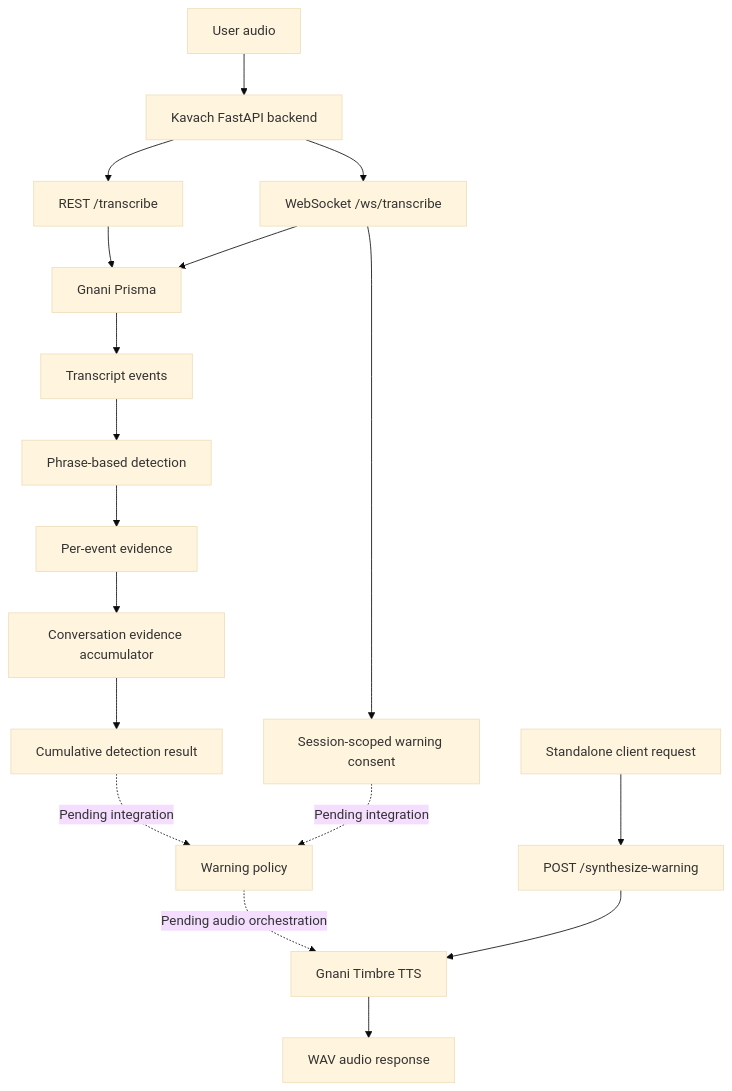
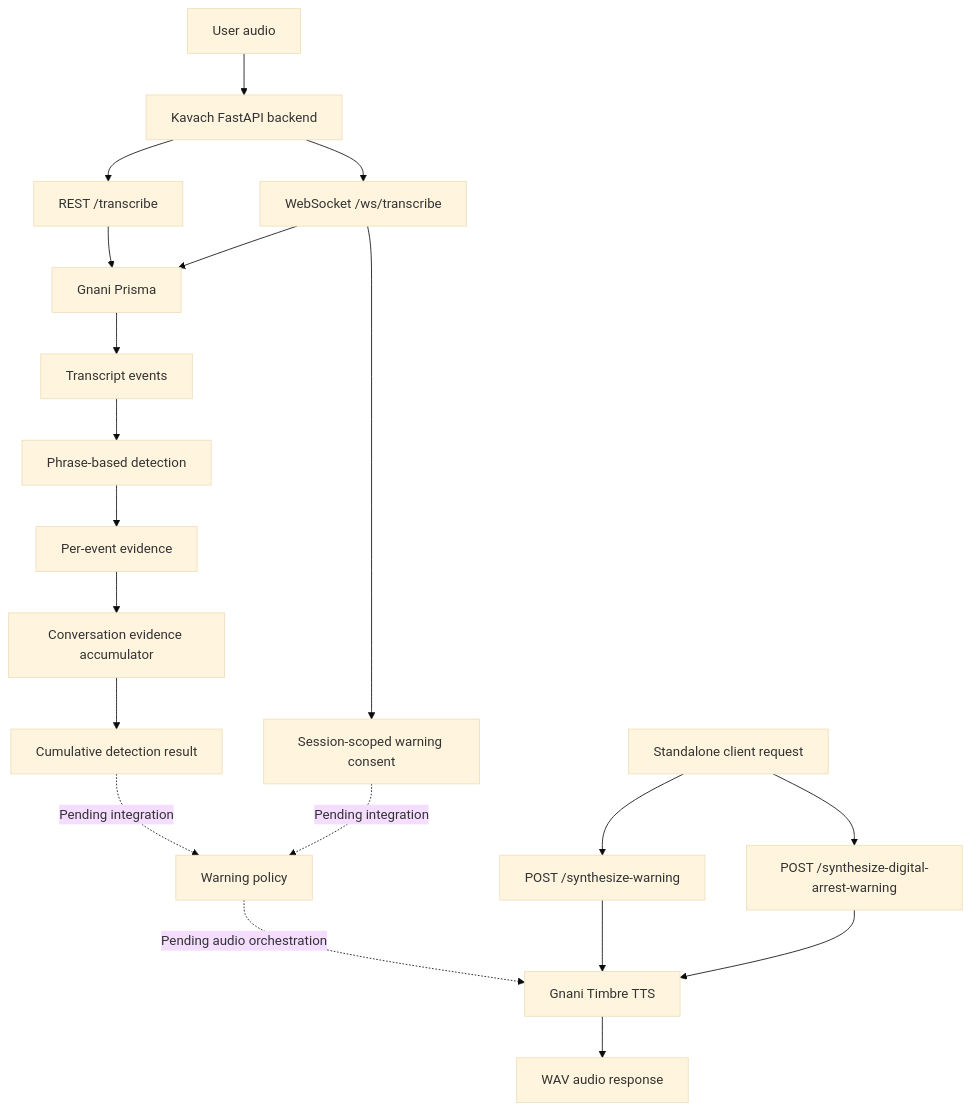
One commit to SURAJ-PRATAP07/Kavach_ changed the diagram in ARCHITECTURE.md. Above: the diagram before and after it, drawn with Mermaid (base theme). The commit also changed other lines of this file and 7 other files, not shown here.

Commit message:
feat: add digital-arrest safety warning TTS

````diff
--- a/ARCHITECTURE.md
+++ b/ARCHITECTURE.md
@@ -34,23 +34,25 @@
 ```mermaid
 flowchart TD
     A[User audio] --> B[Kavach FastAPI backend]
     B --> C[REST /transcribe]
     B --> D[WebSocket /ws/transcribe]
     C --> E[Gnani Prisma]
     D --> E
     E --> F[Transcript events]
 
     F --> G[Phrase-based detection]
     G --> H[Per-event evidence]
     H --> I[Conversation evidence accumulator]
     I --> J[Cumulative detection result]
 
     D --> K[Session-scoped warning consent]
     J -. Pending integration .-> L[Warning policy]
     K -. Pending integration .-> L
     L -. Pending audio orchestration .-> M[Gnani Timbre TTS]
     M --> N[WAV audio response]
 
-    O[Standalone client request] --> P[POST /synthesize-warning]
-    P --> M
+    O[Standalone client request] --> P1[POST /synthesize-warning]
+    O --> P2[POST /synthesize-digital-arrest-warning]
+    P1 --> M
+    P2 --> M
 ```
````
